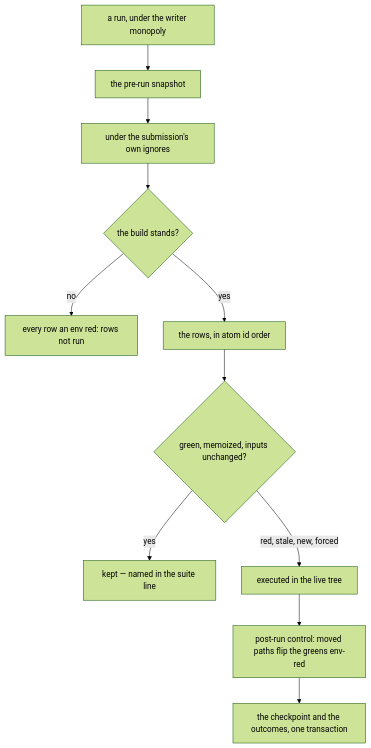
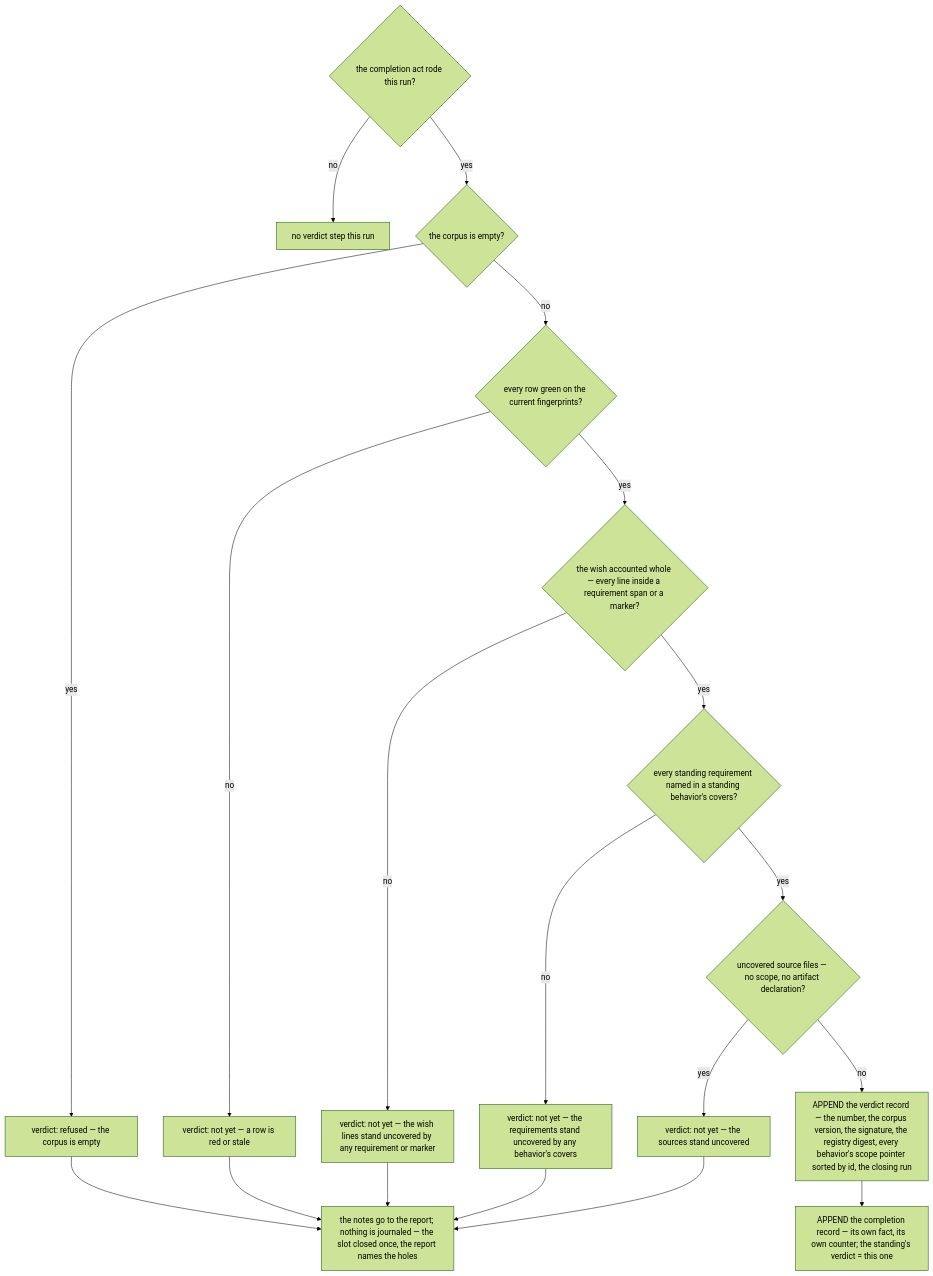
Before and after one commit to neurophant/punchtape: the eighth of 10 diagrams in docs/ARCHITECTURE.md, drawn with Mermaid (forest theme). The commit also changed other lines of this file and 822 other files, not shown here.

````diff
--- a/docs/ARCHITECTURE.md
+++ b/docs/ARCHITECTURE.md
@@ -850,13 +444,21 @@
 ```mermaid
 flowchart TD
-    A["a run, under the writer monopoly"] --> B["the pre-run snapshot"]
-    B --> B2["under the submission's own ignores"]
-    B2 --> C{"the build stands?"}
-    C -->|"no"| D["every row an env red: rows not run"]
-    C -->|"yes"| E["the rows, in atom id order"]
-    E --> F{"green, memoized, inputs unchanged?"}
-    F -->|"yes"| G["kept — named in the suite line"]
-    F -->|"red, stale, new, forced"| H["executed in the live tree"]
-    H --> I["post-run control: moved paths flip the greens env-red"]
-    I --> J["the checkpoint and the outcomes, one transaction"]
+    A{"the completion act rode this run?"} -- "no" --> X["no verdict step this run"]
+    A -- "yes" --> E{"the corpus is empty?"}
+    E -- "yes" --> N1["verdict: refused — the corpus is empty"]
+    E -- "no" --> PR{"every row green on the current fingerprints?"}
+    PR -- "no" --> N2["verdict: not yet — a row is red or stale"]
+    PR -- "yes" --> WH{"the wish accounted whole — every line inside a requirement span or a marker?"}
+    WH -- "no" --> N3["verdict: not yet — the wish lines stand uncovered by any requirement or marker"]
+    WH -- "yes" --> CV{"every standing requirement named in a standing behavior's covers?"}
+    CV -- "no" --> N4["verdict: not yet — the requirements stand uncovered by any behavior's covers"]
+    CV -- "yes" --> US{"uncovered source files — no scope, no artifact declaration?"}
+    US -- "yes" --> N5["verdict: not yet — the sources stand uncovered"]
+    US -- "no" --> VR["APPEND the verdict record — the number, the corpus version, the signature, the registry digest, every behavior's scope pointer sorted by id, the closing run"]
+    VR --> CR["APPEND the completion record — its own fact, its own counter; the standing's verdict = this one"]
+    N1 --> NOTES["the notes go to the report; nothing is journaled — the slot closed once, the report names the holes"]
+    N2 --> NOTES
+    N3 --> NOTES
+    N4 --> NOTES
+    N5 --> NOTES
 ```
````
